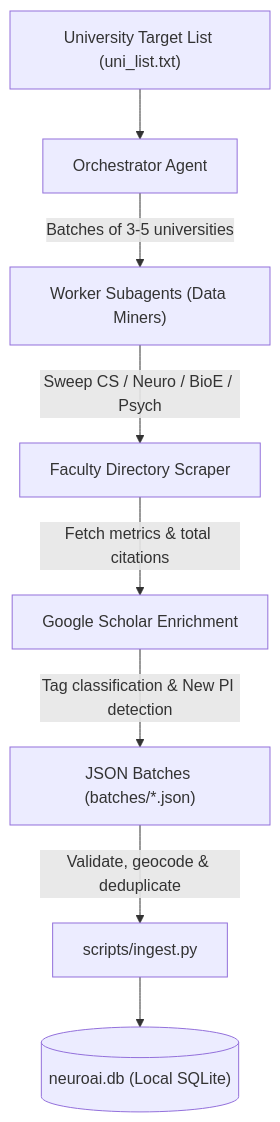
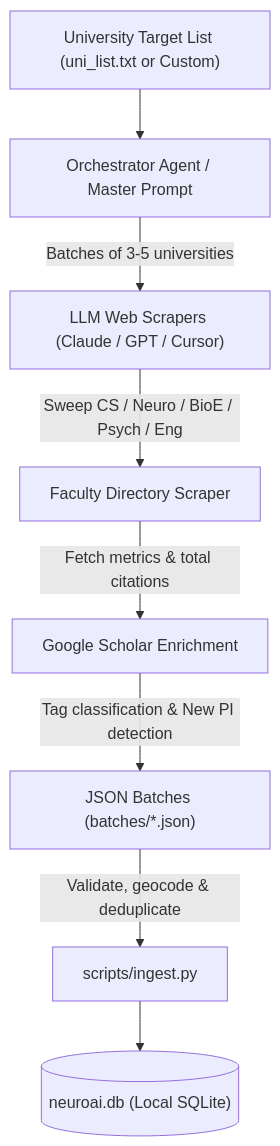
Before and after one commit to YuhaoWei523/Find_Your_Advisor: the diagram in README.md, drawn with Mermaid. The commit also changed other lines of this file and 2 other files, not shown here.

Commit message:
docs: add AI_AGENT_GUIDE for Claude & ChatGPT, make workflow universal and model-agnostic

````diff
--- a/README.md
+++ b/README.md
@@ -117,10 +119,10 @@
 ```mermaid
 flowchart TD
-    A["University Target List (uni_list.txt)"] --> B["Orchestrator Agent"]
-    B -->|"Batches of 3-5 universities"| C["Worker Subagents (Data Miners)"]
-    C -->|"Sweep CS / Neuro / BioE / Psych"| D["Faculty Directory Scraper"]
+    A["University Target List (uni_list.txt or Custom)"] --> B["Orchestrator Agent / Master Prompt"]
+    B -->|"Batches of 3-5 universities"| C["LLM Web Scrapers (Claude / GPT / Cursor)"]
+    C -->|"Sweep CS / Neuro / BioE / Psych / Eng"| D["Faculty Directory Scraper"]
     D -->|"Fetch metrics & total citations"| E["Google Scholar Enrichment"]
     E -->|"Tag classification & New PI detection"| F["JSON Batches (batches/*.json)"]
     F -->|"Validate, geocode & deduplicate"| G["scripts/ingest.py"]
     G --> H[("neuroai.db (Local SQLite)")]
 ```
````
